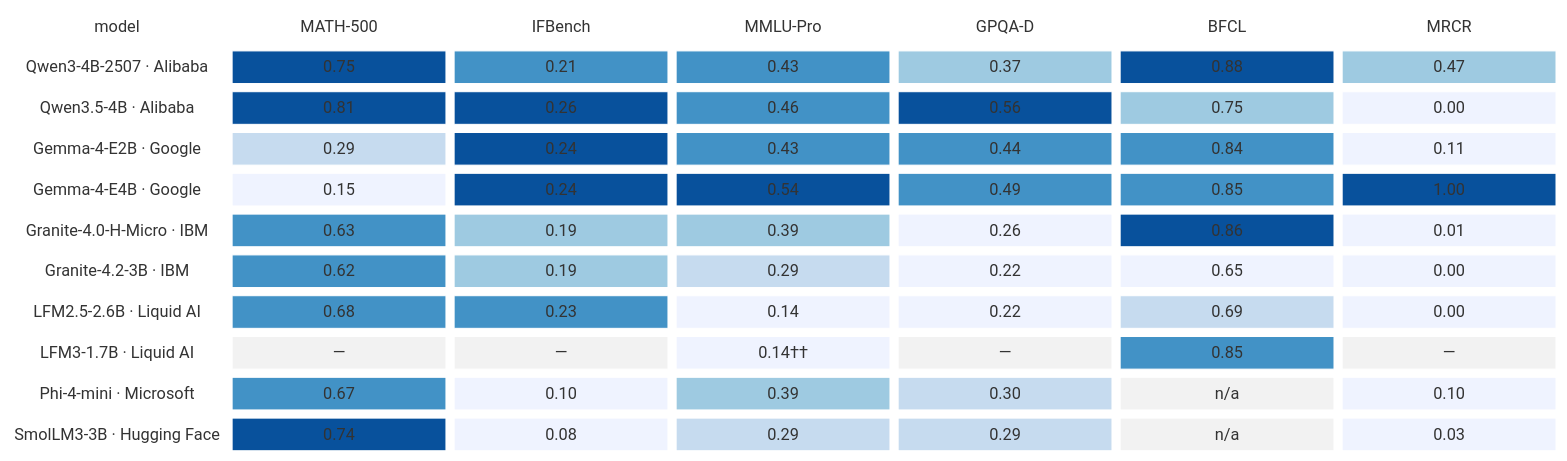
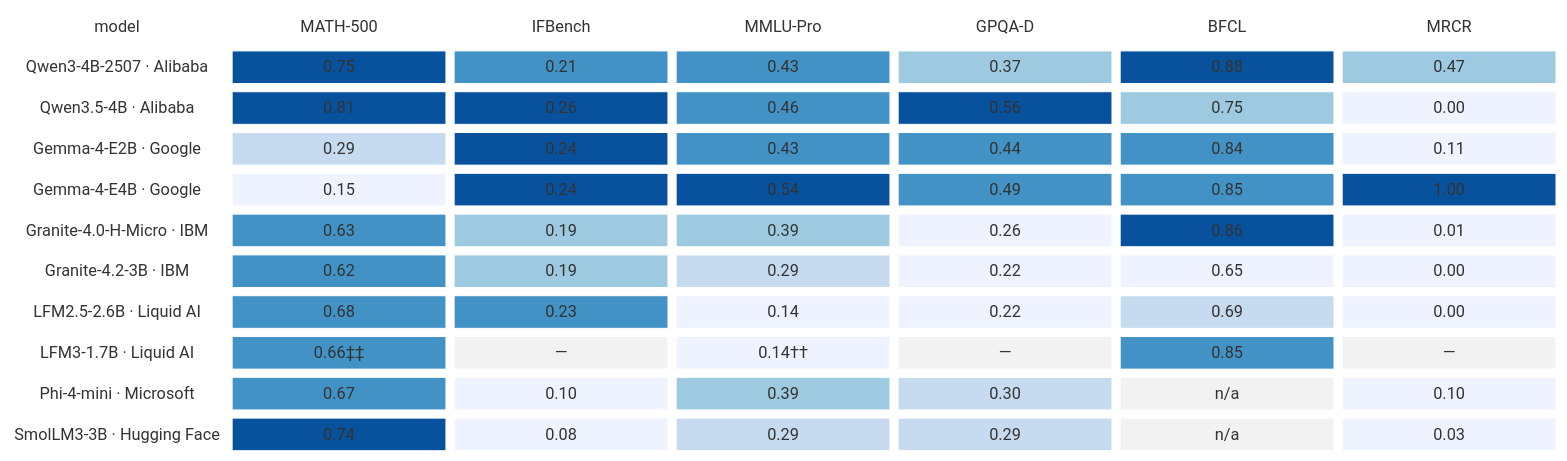
One commit to maximosipov/macbook-pro-2019-radeon-5500m-4gb changed the second of 2 diagrams in models.md. Above: the diagram before and after it, drawn with Mermaid. The commit also changed other lines of this file and 1 other file, not shown here.

Commit message:
Add LFM3 math evaluation

```diff
--- a/models.md
+++ b/models.md
@@ -92,7 +92,7 @@
     m4["Granite-4.0-H-Micro · IBM"] c4_0["0.63"] c4_1["0.19"] c4_2["0.39"] c4_3["0.26"] c4_4["0.86"] c4_5["0.01"]
     m5["Granite-4.2-3B · IBM"] c5_0["0.62"] c5_1["0.19"] c5_2["0.29"] c5_3["0.22"] c5_4["0.65"] c5_5["0.00"]
     m6["LFM2.5-2.6B · Liquid AI"] c6_0["0.68"] c6_1["0.23"] c6_2["0.14"] c6_3["0.22"] c6_4["0.69"] c6_5["0.00"]
-    m7["LFM3-1.7B · Liquid AI"] c7_0["—"] c7_1["—"] c7_2["0.14††"] c7_3["—"] c7_4["0.85"] c7_5["—"]
+    m7["LFM3-1.7B · Liquid AI"] c7_0["0.66‡‡"] c7_1["—"] c7_2["0.14††"] c7_3["—"] c7_4["0.85"] c7_5["—"]
     m8["Phi-4-mini · Microsoft"] c8_0["0.67"] c8_1["0.10"] c8_2["0.39"] c8_3["0.30"] c8_4["n/a"] c8_5["0.10"]
     m9["SmolLM3-3B · Hugging Face"] c9_0["0.74"] c9_1["0.08"] c9_2["0.29"] c9_3["0.29"] c9_4["n/a"] c9_5["0.03"]
     style h0 fill:#ffffff,stroke:#ffffff,color:#333333,font-weight:bold
@@ -119,9 +119,9 @@
     style c4_0 fill:#4292c6,stroke:#ffffff,color:#ffffff
     style c5_0 fill:#4292c6,stroke:#ffffff,color:#ffffff
     style c6_0 fill:#4292c6,stroke:#ffffff,color:#ffffff
+    style c7_0 fill:#4292c6,stroke:#ffffff,color:#ffffff
     style c8_0 fill:#4292c6,stroke:#ffffff,color:#ffffff
     style c9_0 fill:#08519c,stroke:#ffffff,color:#ffffff
-    style c7_0 fill:#f2f2f2,stroke:#ffffff,color:#999999
     style c0_1 fill:#4292c6,stroke:#ffffff,color:#ffffff
     style c1_1 fill:#08519c,stroke:#ffffff,color:#ffffff
     style c2_1 fill:#08519c,stroke:#ffffff,color:#ffffff
```
